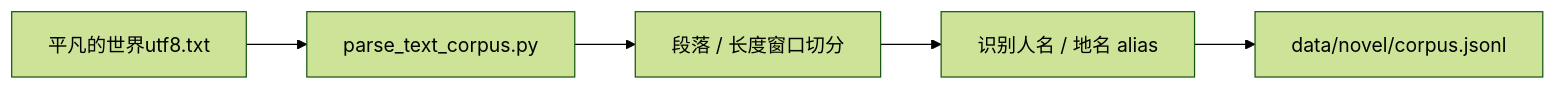
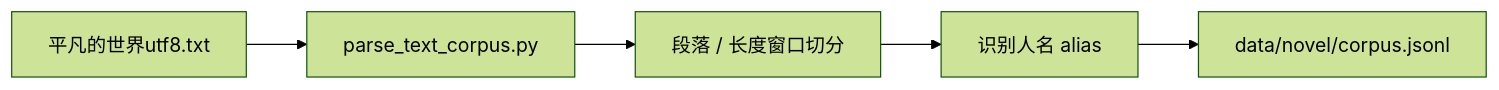
One commit to Lafinger/AgenticRAG-RL changed the third of 16 diagrams in demo/README.md. Above: the diagram before and after it, drawn with Mermaid (forest theme). The commit also changed other lines of this file and 6 other files, not shown here.

````diff
--- a/demo/README.md
+++ b/demo/README.md
@@ -119,7 +119,7 @@
 ```mermaid
 flowchart LR
     A["平凡的世界utf8.txt"] --> B["parse_text_corpus.py"]
     B --> C["段落 / 长度窗口切分"]
-    C --> D["识别人名 / 地名 alias"]
+    C --> D["识别人名 alias"]
     D --> E["data/novel/corpus.jsonl"]
 ```
````
